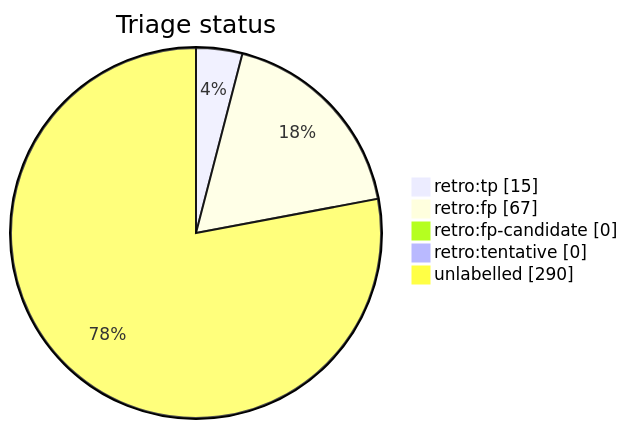
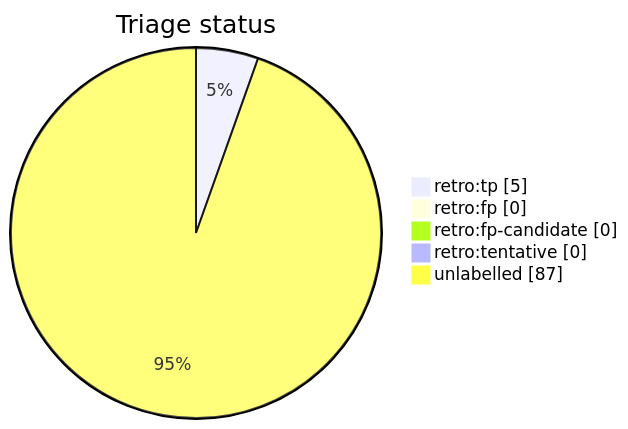
One commit to tvna/claude-md changed the diagram in docs/generated/scripts/auto-retro-triage-report.md. Above: the diagram before and after it, drawn with Mermaid. The commit also changed other lines of this file, not shown here.

First line of the commit message:
chore(auto-retro): refresh triage report

````diff
--- a/docs/generated/scripts/auto-retro-triage-report.md
+++ b/docs/generated/scripts/auto-retro-triage-report.md
@@ -15,9 +15,9 @@
 ```mermaid
 pie showData
     title Triage status
-    "retro:tp" : 15
-    "retro:fp" : 67
+    "retro:tp" : 5
+    "retro:fp" : 0
     "retro:fp-candidate" : 0
     "retro:tentative" : 0
-    "unlabelled" : 290
+    "unlabelled" : 87
 ```
````
